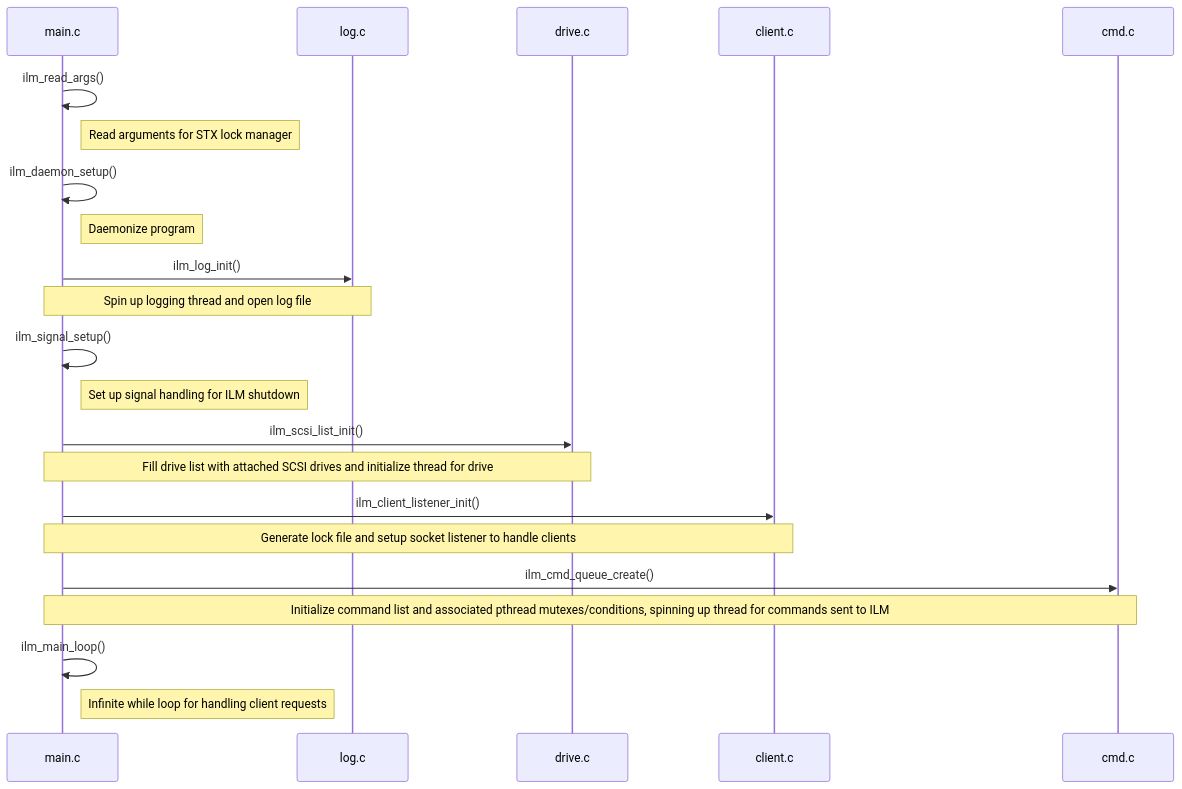
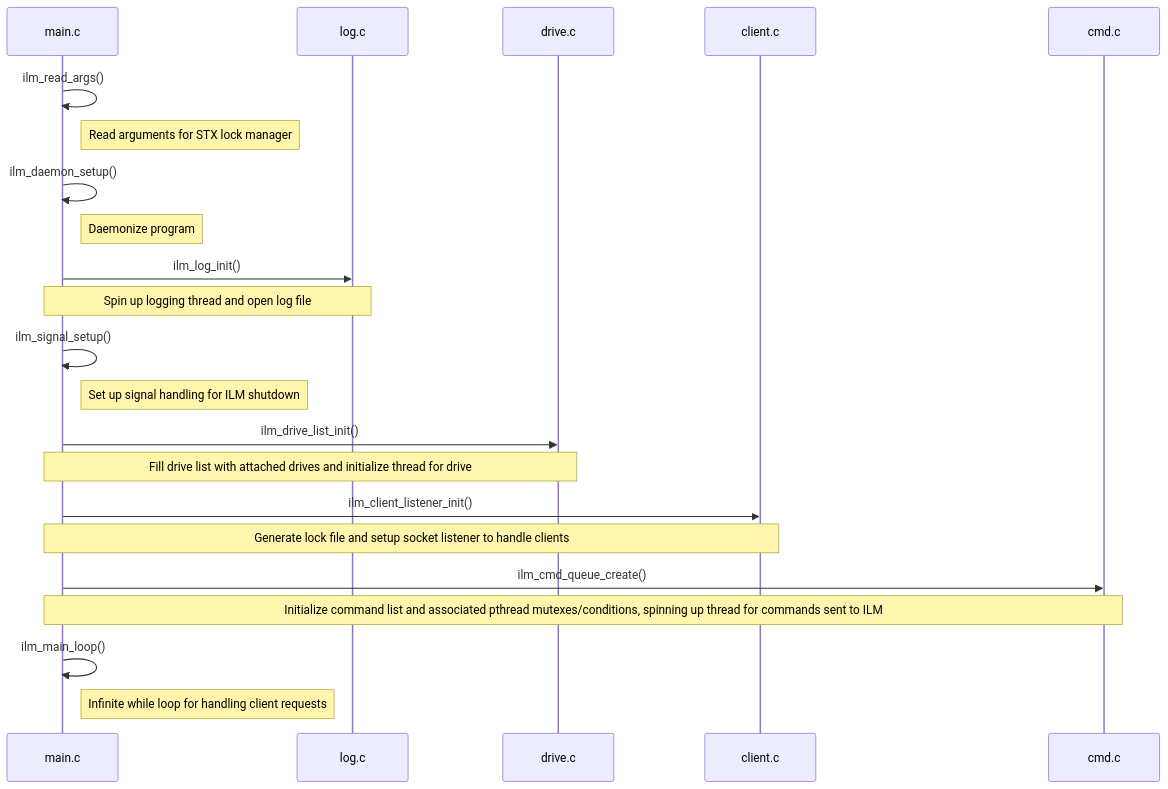
The first of 8 diagrams in src/README.md (Seagate/propeller), drawn with Mermaid before and after one commit. The commit also changed 4 other files, not shown here.

````diff
--- a/src/README.md
+++ b/src/README.md
@@ -4,19 +4,19 @@
 ```mermaid
 sequenceDiagram
 main.c ->> main.c: ilm_read_args()
 Note right of main.c: Read arguments for STX lock manager
 main.c ->> main.c: ilm_daemon_setup()
 Note right of main.c: Daemonize program
 main.c ->> log.c: ilm_log_init()
 Note over main.c, log.c: Spin up logging thread and open log file
 main.c ->> main.c: ilm_signal_setup()
 Note right of main.c: Set up signal handling for ILM shutdown
-main.c ->> drive.c: ilm_scsi_list_init()
-Note over main.c, drive.c: Fill drive list with attached SCSI drives and initialize thread for drive
+main.c ->> drive.c: ilm_drive_list_init()
+Note over main.c, drive.c: Fill drive list with attached drives and initialize thread for drive
 main.c ->> client.c: ilm_client_listener_init()
 Note over main.c, client.c: Generate lock file and setup socket listener to handle clients
 main.c ->> cmd.c: ilm_cmd_queue_create()
 Note over main.c, cmd.c: Initialize command list and associated pthread mutexes/conditions, spinning up thread for commands sent to ILM
 main.c ->> main.c: ilm_main_loop()
 Note right of main.c: Infinite while loop for handling client requests
 ```
````
